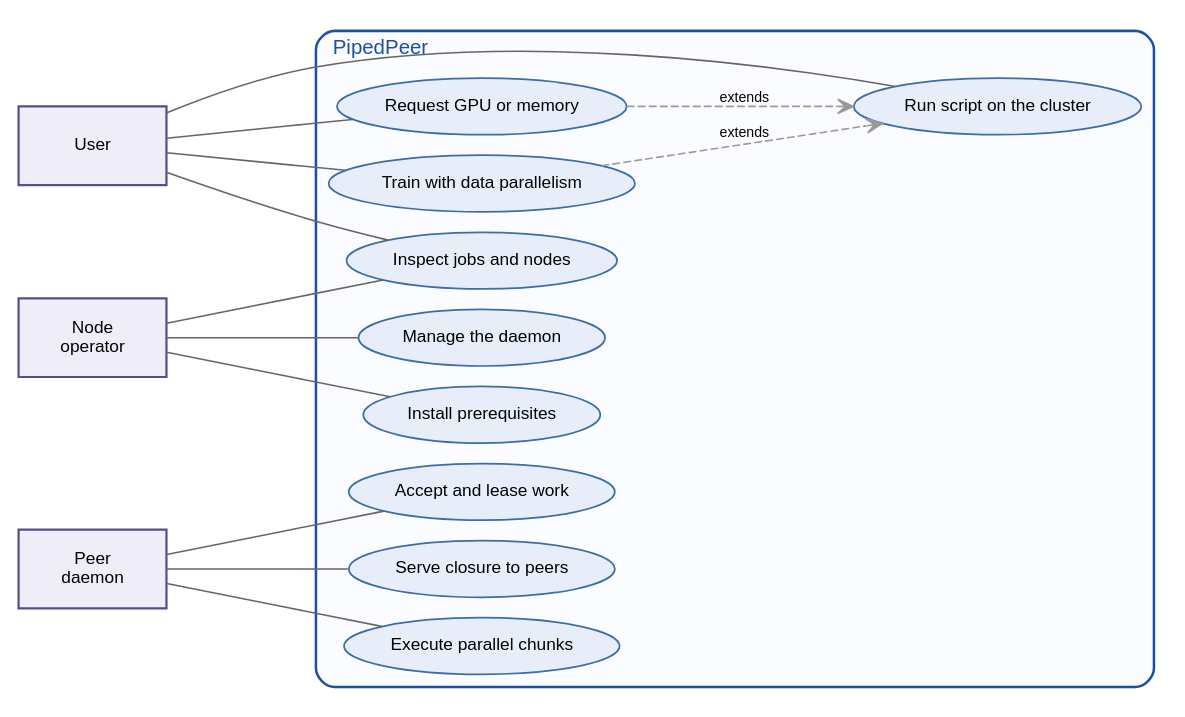
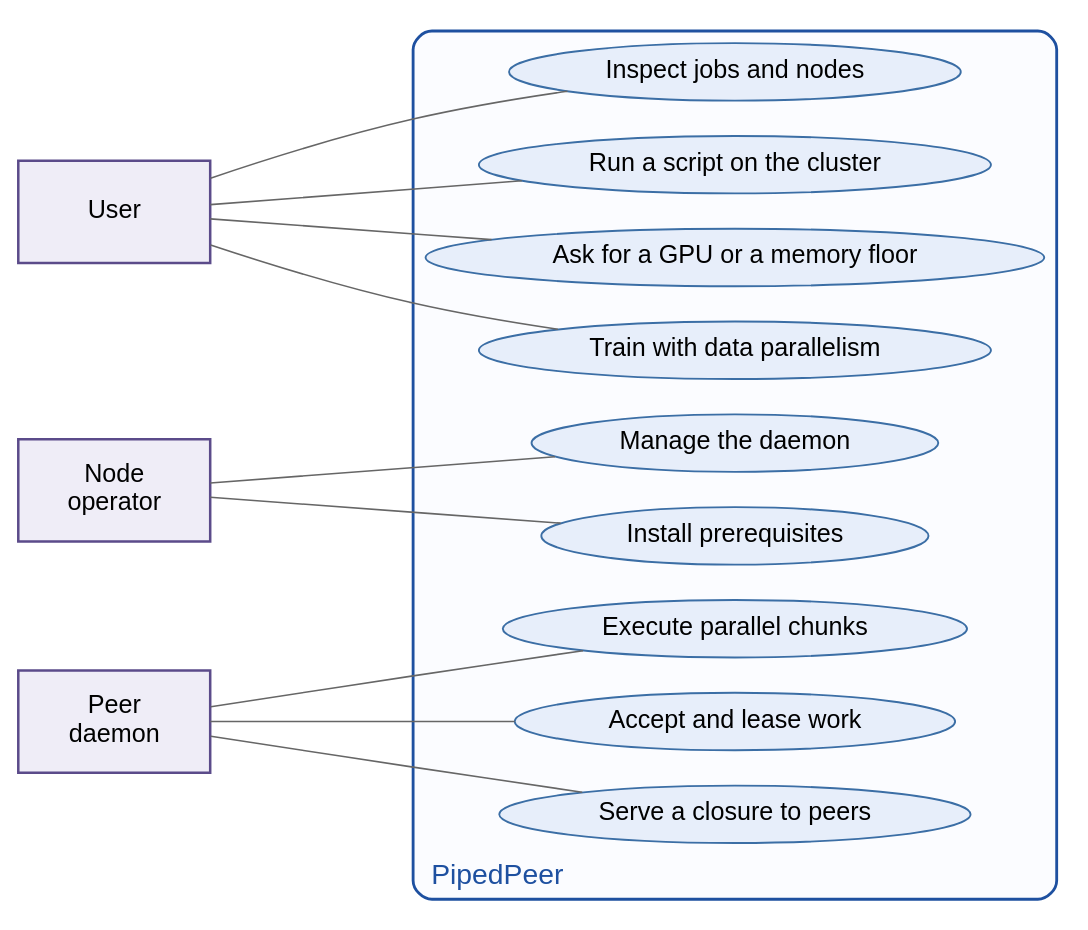
Before and after one commit to vinayakyadav2709/Pipedpeer: the diagram in docs/diagrams/src/fig_3.4_use_case.dot, drawn with Graphviz. The commit also changed 34 other files, not shown here.

```diff
--- a/docs/diagrams/src/fig_3.4_use_case.dot
+++ b/docs/diagrams/src/fig_3.4_use_case.dot
@@ -1,31 +1,34 @@
 // Figure 3.4 - Use case diagram.
+// The system-boundary label sits at the bottom: at the top an association line
+// from the User ran straight through it.
 digraph UseCase {
-  rankdir=LR; bgcolor="white"; nodesep=0.18; ranksep=1.4;
-  node [fontname="Helvetica", fontsize=11];
-  edge [fontname="Helvetica", fontsize=9, color="#666666", arrowhead=none];
+  rankdir=LR; bgcolor="white"; nodesep=0.30; ranksep=1.9;
+  node [fontname="Helvetica", fontsize=16];
+  edge [fontname="Helvetica", fontsize=14, color="#666666", arrowhead=none];
 
-  user [label="User", shape=box, style=filled, fillcolor="#efedf7", color="#5b4b8a", penwidth=1.4, width=1.3, height=0.7];
-  admin [label="Node\noperator", shape=box, style=filled, fillcolor="#efedf7", color="#5b4b8a", penwidth=1.4, width=1.3, height=0.7];
-  peer [label="Peer\ndaemon", shape=box, style=filled, fillcolor="#efedf7", color="#5b4b8a", penwidth=1.4, width=1.3, height=0.7];
+  node [shape=box, style=filled, fillcolor="#efedf7", color="#5b4b8a", penwidth=1.6,
+        width=1.7, height=0.9];
+  user  [label="User"];
+  admin [label="Node\noperator"];
+  peer  [label="Peer\ndaemon"];
 
   subgraph cluster_sys {
-    label="PipedPeer"; labeljust=l; fontsize=13; fontname="Helvetica";
-    style="rounded"; color="#1e50a0"; penwidth=1.6; bgcolor="#fbfcff"; fontcolor="#1e50a0";
-    node [shape=ellipse, style=filled, fillcolor="#e7eefa", color="#3b6ea5", penwidth=1.1];
-    u1 [label="Run script on the cluster"];
-    u2 [label="Request GPU or memory"];
+    label="PipedPeer"; labelloc=b; labeljust=l; fontsize=18; fontname="Helvetica";
+    style="rounded"; color="#1e50a0"; penwidth=1.8; bgcolor="#fbfcff"; fontcolor="#1e50a0";
+    node [shape=ellipse, style=filled, fillcolor="#e7eefa", color="#3b6ea5",
+          penwidth=1.2, width=0, height=0];
+    u1 [label="Run a script on the cluster"];
+    u2 [label="Ask for a GPU or a memory floor"];
     u3 [label="Train with data parallelism"];
     u4 [label="Inspect jobs and nodes"];
     u5 [label="Accept and lease work"];
-    u6 [label="Serve closure to peers"];
+    u6 [label="Serve a closure to peers"];
     u7 [label="Execute parallel chunks"];
     u8 [label="Install prerequisites"];
     u9 [label="Manage the daemon"];
   }
 
   user -> u1; user -> u2; user -> u3; user -> u4;
-  admin -> u8; admin -> u9; admin -> u4;
+  admin -> u8; admin -> u9;
   peer -> u5; peer -> u6; peer -> u7;
-  u2 -> u1 [style=dashed, label="extends", arrowhead=vee, color="#999999"];
-  u3 -> u1 [style=dashed, label="extends", arrowhead=vee, color="#999999"];
 }
```
